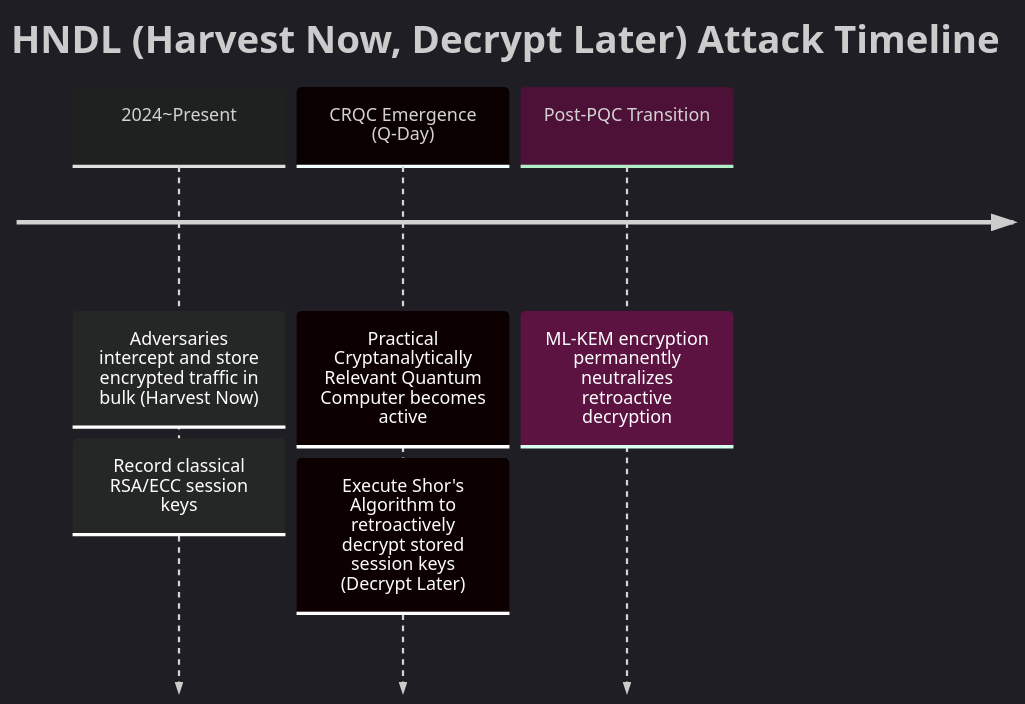
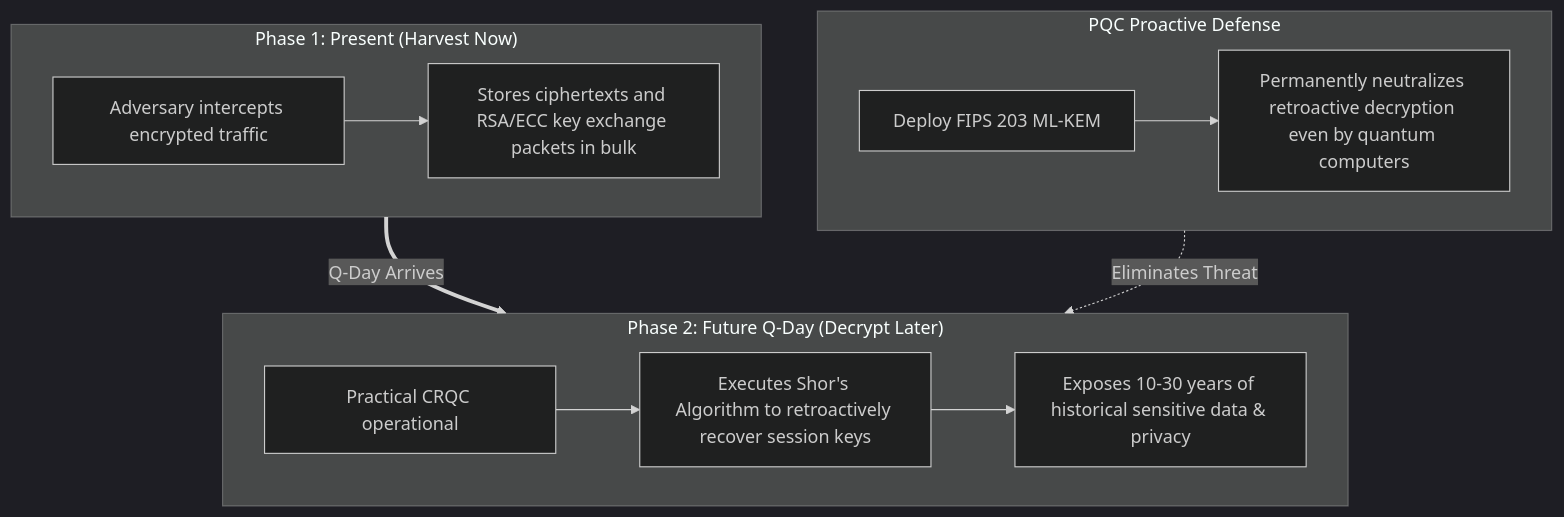
One commit to auking45/applied-pqc-lab changed the first of 3 diagrams in docs/en/03-pqc-primitives/03-security-levels.md. Above: the diagram before and after it, drawn with Mermaid (dark theme). The commit also changed other lines of this file and 2 other files, not shown here.

First line of the commit message:
fix(docs): enhance HNDL and CNSA diagrams contrast for dark mode

````diff
--- a/docs/en/03-pqc-primitives/03-security-levels.md
+++ b/docs/en/03-pqc-primitives/03-security-levels.md
@@ -8,9 +8,18 @@
 ```mermaid
-timeline
-    title HNDL (Harvest Now, Decrypt Later) Attack Timeline
-    2024~Present : Adversaries intercept and store encrypted traffic in bulk (Harvest Now)
-                 : Record classical RSA/ECC session keys
-    CRQC Emergence (Q-Day) : Practical Cryptanalytically Relevant Quantum Computer becomes active
-                           : Execute Shor's Algorithm to retroactively decrypt stored session keys (Decrypt Later)
-    Post-PQC Transition : ML-KEM encryption permanently neutralizes retroactive decryption
+flowchart TD
+    subgraph Phase1 ["Phase 1: Present (Harvest Now)"]
+        A["Adversary intercepts encrypted traffic"] --> B["Stores ciphertexts and RSA/ECC key exchange packets in bulk"]
+    end
+
+    subgraph Phase2 ["Phase 2: Future Q-Day (Decrypt Later)"]
+        C["Practical CRQC operational"] --> D["Executes Shor's Algorithm to retroactively recover session keys"]
+        D --> E["Exposes 10-30 years of historical sensitive data & privacy"]
+    end
+
+    subgraph Defense ["PQC Proactive Defense"]
+        F["Deploy FIPS 203 ML-KEM"] --> G["Permanently neutralizes retroactive decryption even by quantum computers"]
+    end
+
+    Phase1 ==>|Q-Day Arrives| Phase2
+    Defense -.->|Eliminates Threat| Phase2
 ```
````
